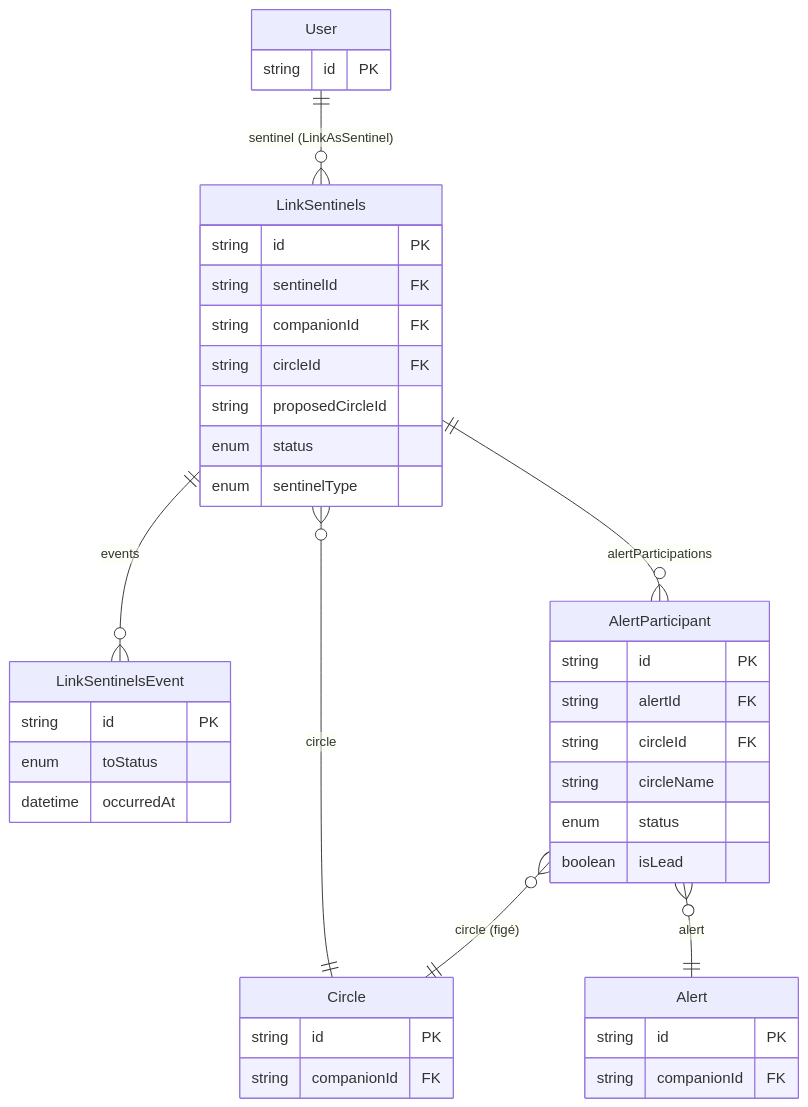
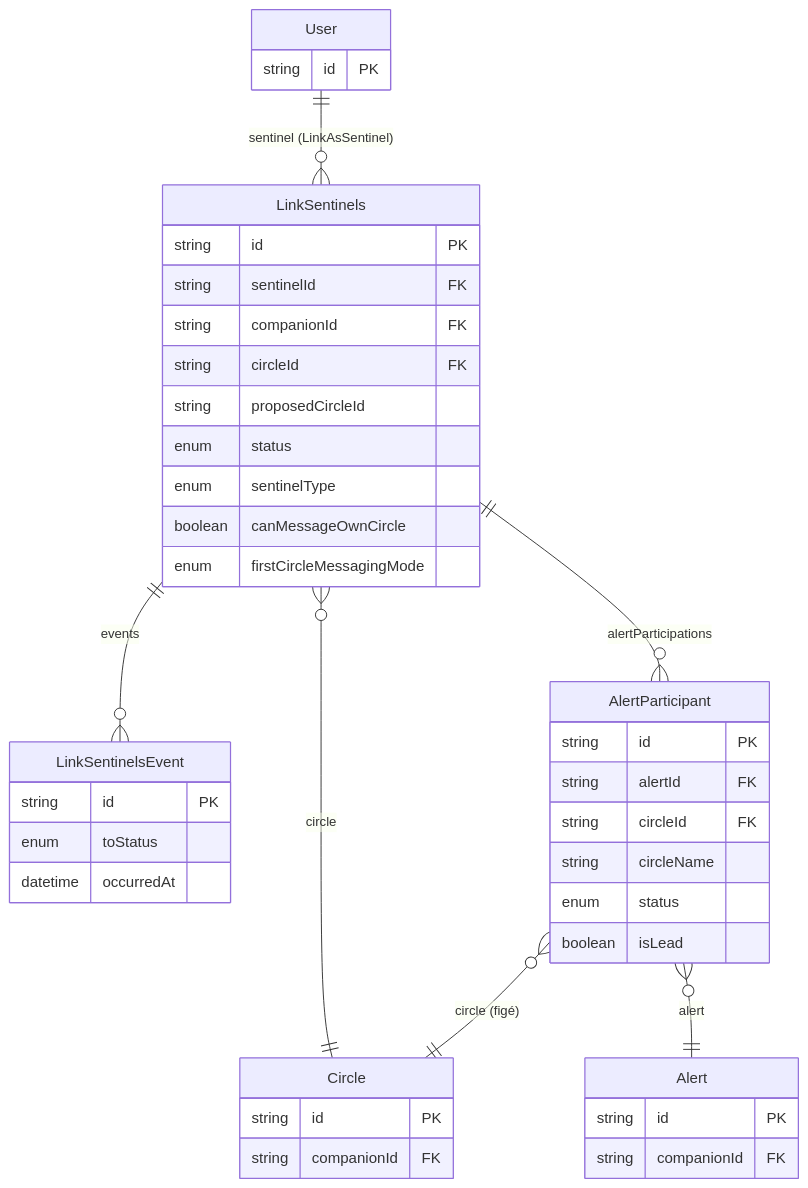
The second of 5 diagrams in backend/prisma/DB_schema.md (Sylvfo/MySentinelCircle), drawn with Mermaid before and after one commit. The commit also changed other lines of this file and 7 other files, not shown here.

First line of the commit message:
Add per-membership messaging settings and fix circle-move hardening gap

````diff
--- a/backend/prisma/DB_schema.md
+++ b/backend/prisma/DB_schema.md
@@ -121,43 +125,45 @@
 ```mermaid
 erDiagram
   User              ||--o{ LinkSentinels      : "sentinel (LinkAsSentinel)"
   LinkSentinels     }o--||  Circle            : "circle"
   LinkSentinels     ||--o{ LinkSentinelsEvent : "events"
   LinkSentinels     ||--o{ AlertParticipant   : "alertParticipations"
   AlertParticipant  }o--||  Alert             : "alert"
   AlertParticipant  }o--||  Circle            : "circle (figé)"
 
   User {
     string id PK
   }
   LinkSentinels {
     string id PK
     string sentinelId FK
     string companionId FK
     string circleId FK
     string proposedCircleId
     enum   status
     enum   sentinelType
+    boolean canMessageOwnCircle
+    enum   firstCircleMessagingMode
   }
   Circle {
     string id PK
     string companionId FK
   }
   LinkSentinelsEvent {
     string id PK
     enum   toStatus
     datetime occurredAt
   }
   AlertParticipant {
     string id PK
     string alertId FK
     string circleId FK
     string circleName
     enum   status
     boolean isLead
   }
   Alert {
     string id PK
     string companionId FK
   }
 ```
````
